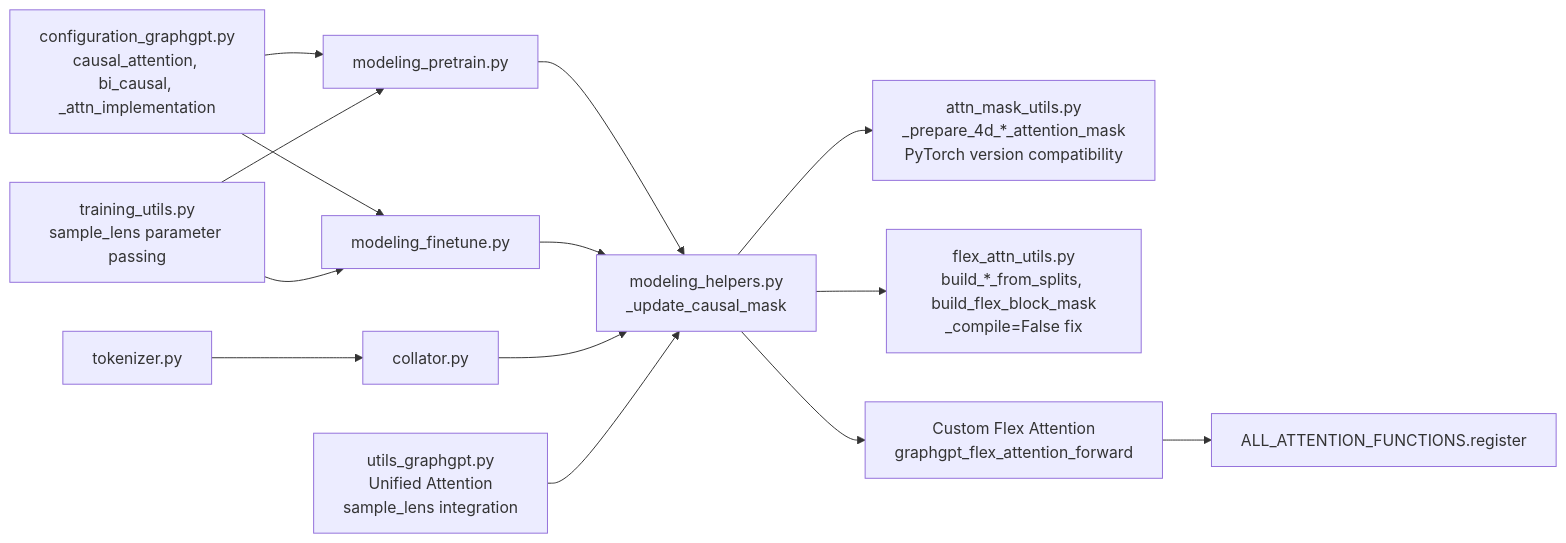
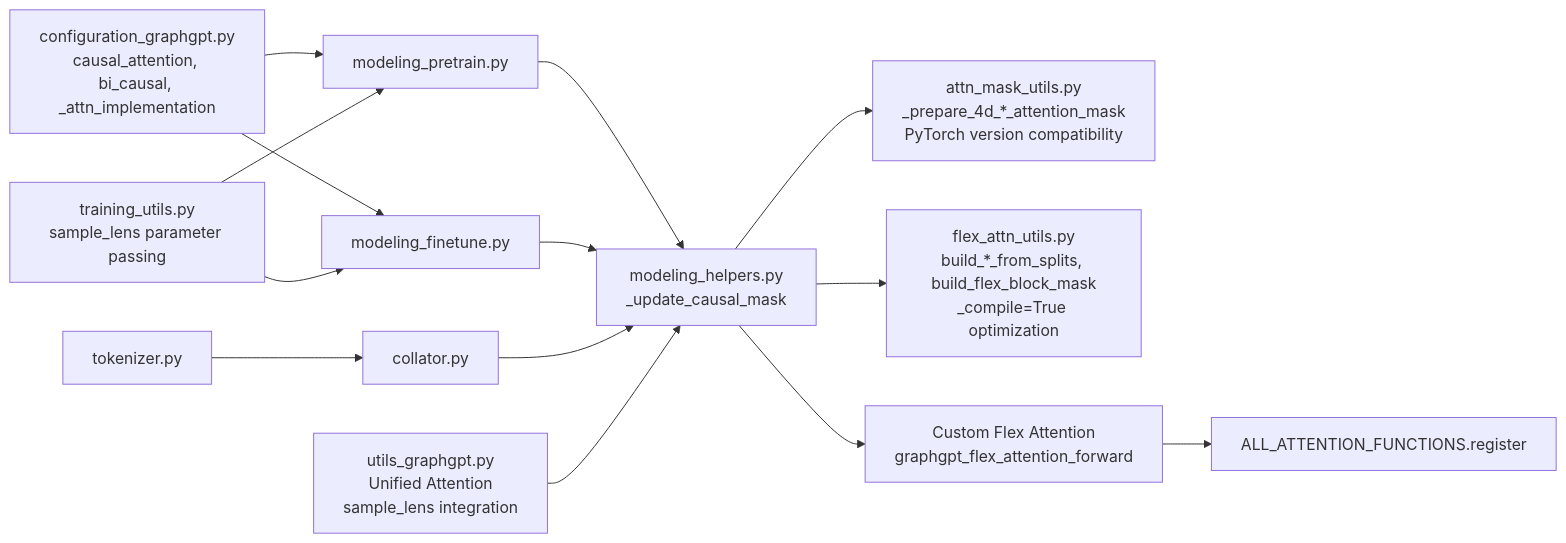
One commit to alibaba/graph-gpt changed diagram 12 of 12 in .qoder/repowiki/en/content/Utility Functions/Attention Mask Utilities.md. Above: the diagram before and after it, drawn with Mermaid. The commit also changed other lines of this file and 6 other files, not shown here.

````diff
--- a/.qoder/repowiki/en/content/Utility Functions/Attention Mask Utilities.md
+++ b/.qoder/repowiki/en/content/Utility Functions/Attention Mask Utilities.md
@@ -630,16 +627,16 @@
 ```mermaid
 graph LR
 CFG["configuration_graphgpt.py<br/>causal_attention, bi_causal, _attn_implementation"] --> M1["modeling_pretrain.py"]
 CFG --> M2["modeling_finetune.py"]
 M1 --> H["modeling_helpers.py<br/>_update_causal_mask"]
 M2 --> H
 H --> U1["attn_mask_utils.py<br/>_prepare_4d_*_attention_mask<br/>PyTorch version compatibility"]
-H --> U2["flex_attn_utils.py<br/>build_*_from_splits, build_flex_block_mask<br/>_compile=False fix"]
+H --> U2["flex_attn_utils.py<br/>build_*_from_splits, build_flex_block_mask<br/>_compile=True optimization"]
 H --> CF["Custom Flex Attention<br/>graphgpt_flex_attention_forward"]
 T["tokenizer.py"] --> C["collator.py"]
 C --> H
 CF --> AF["ALL_ATTENTION_FUNCTIONS.register"]
 U3["utils_graphgpt.py<br/>Unified Attention<br/>sample_lens integration"] --> H
 TU["training_utils.py<br/>sample_lens parameter passing"] --> M1
 TU --> M2
 ```
````
